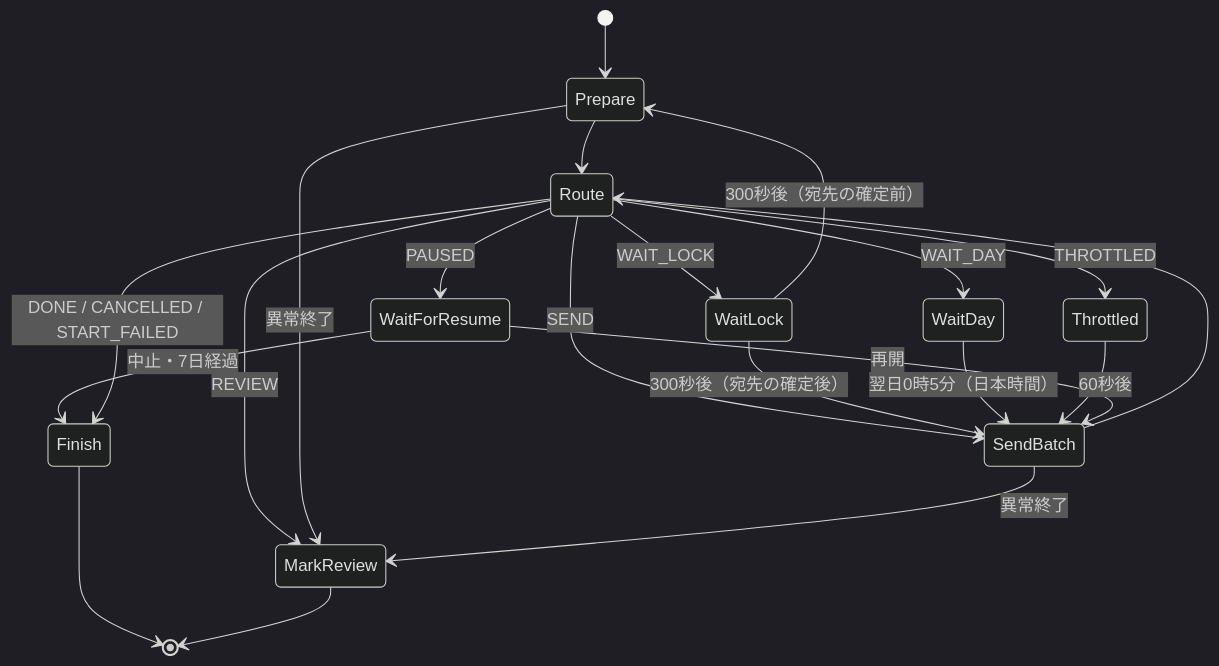
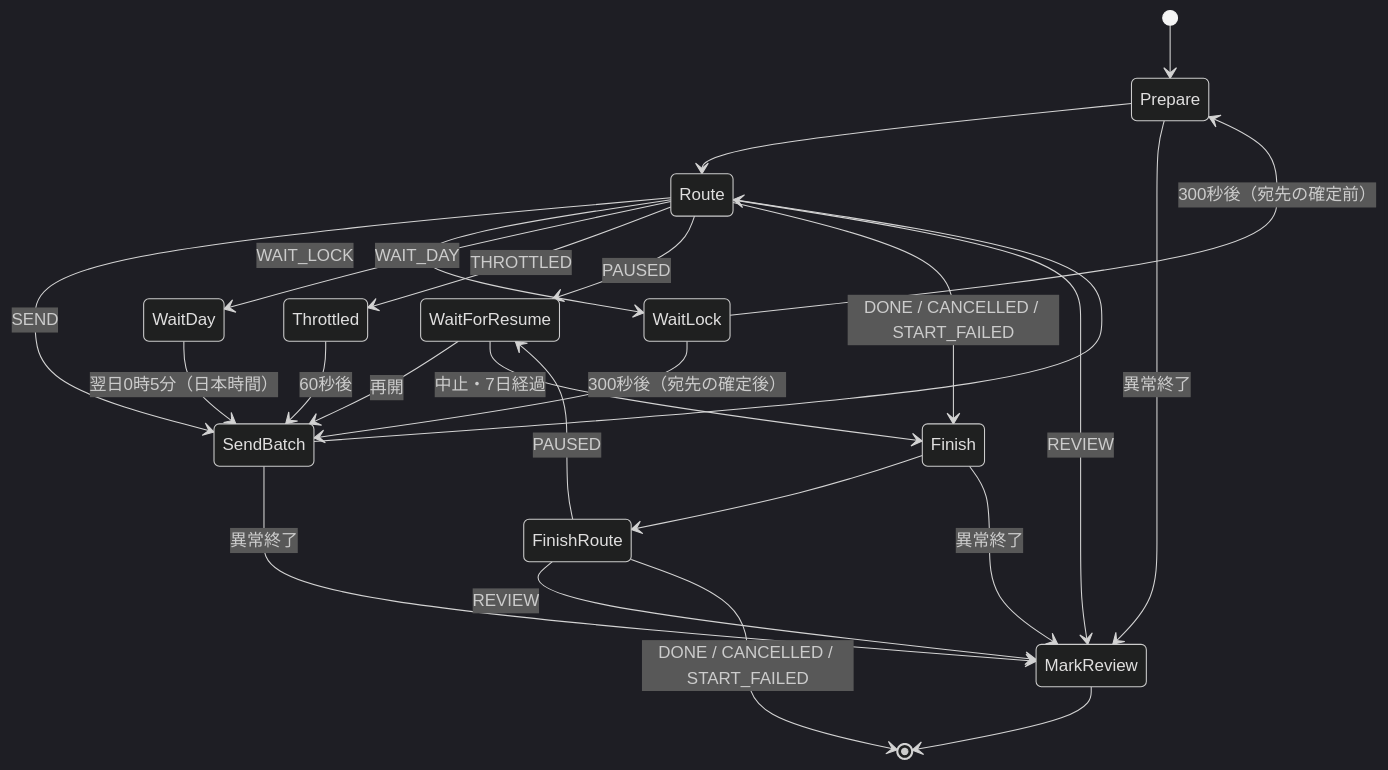
Before and after one commit to i109004t-debug/hato2comeback: the second of 2 diagrams in docs/詳細設計書.md, drawn with Mermaid (dark theme). The commit also changed other lines of this file and 3 other files, not shown here.

````diff
--- a/docs/詳細設計書.md
+++ b/docs/詳細設計書.md
@@ -670,23 +1003,27 @@
 ```mermaid
 stateDiagram-v2
     [*] --> Prepare
     Prepare --> Route
     SendBatch --> Route
     Route --> SendBatch: SEND
     Route --> WaitLock: WAIT_LOCK
     WaitLock --> Prepare: 300秒後（宛先の確定前）
     WaitLock --> SendBatch: 300秒後（宛先の確定後）
     Route --> WaitDay: WAIT_DAY
     WaitDay --> SendBatch: 翌日0時5分（日本時間）
     Route --> Throttled: THROTTLED
     Throttled --> SendBatch: 60秒後
     Route --> WaitForResume: PAUSED
     WaitForResume --> SendBatch: 再開
     WaitForResume --> Finish: 中止・7日経過
     Route --> Finish: DONE / CANCELLED / START_FAILED
     Route --> MarkReview: REVIEW
+    Finish --> FinishRoute
+    FinishRoute --> WaitForResume: PAUSED
+    FinishRoute --> MarkReview: REVIEW
+    FinishRoute --> [*]: DONE / CANCELLED / START_FAILED
     Prepare --> MarkReview: 異常終了
     SendBatch --> MarkReview: 異常終了
-    Finish --> [*]
+    Finish --> MarkReview: 異常終了
     MarkReview --> [*]
 ```
````
